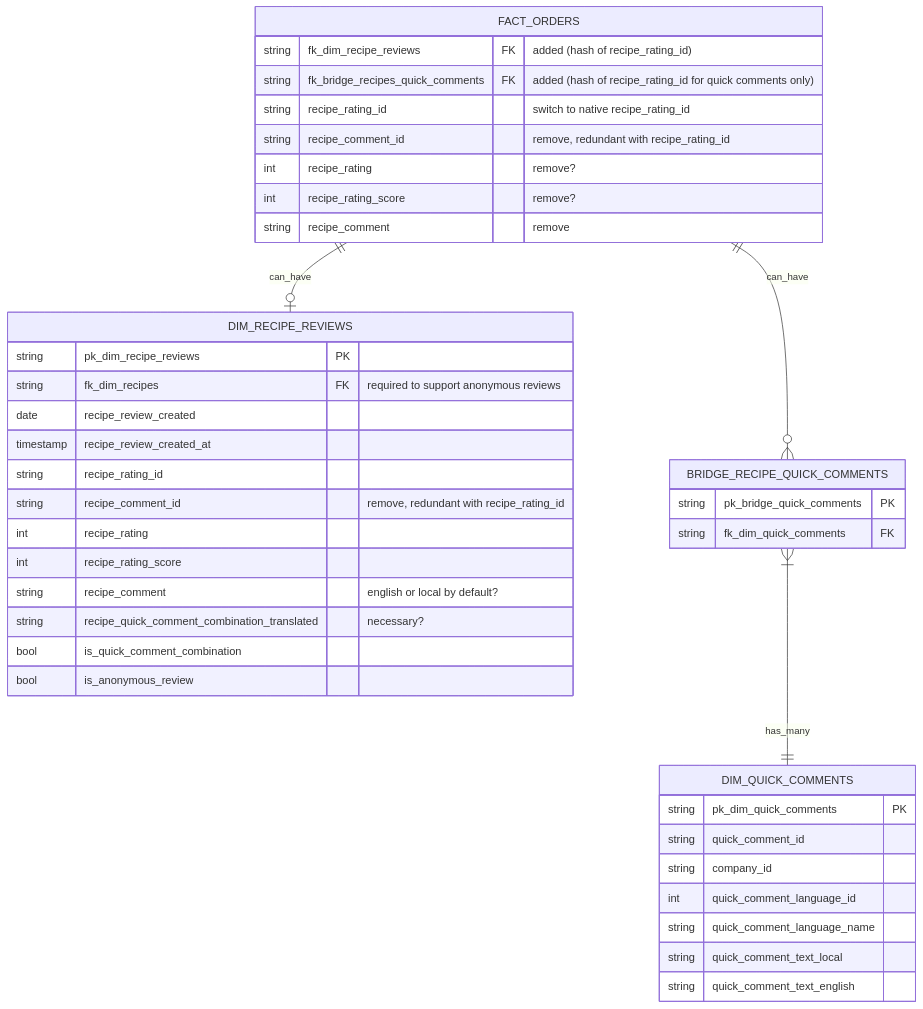
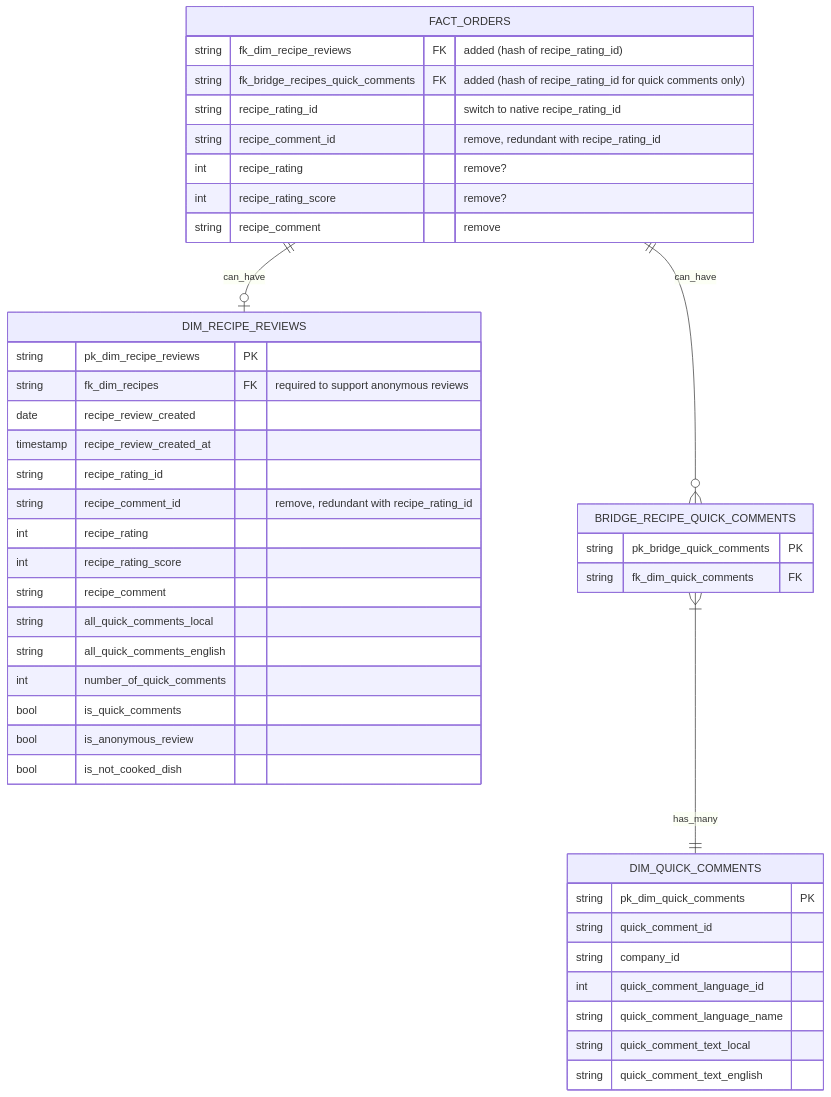
Before and after one commit to comegrant/misc_doc: the diagram in add_reviews_to_pbi.md, drawn with Mermaid. The commit also changed other lines of this file, not shown here.

````diff
--- a/add_reviews_to_pbi.md
+++ b/add_reviews_to_pbi.md
@@ -13,45 +15,48 @@
 ```mermaid
 erDiagram
 direction TB
 FACT_ORDERS ||--o| DIM_RECIPE_REVIEWS: can_have
 FACT_ORDERS ||--o{ BRIDGE_RECIPE_QUICK_COMMENTS: can_have
 BRIDGE_RECIPE_QUICK_COMMENTS }|--|| DIM_QUICK_COMMENTS: has_many
 
 
 FACT_ORDERS {
     string fk_dim_recipe_reviews FK "added (hash of recipe_rating_id)"
     string fk_bridge_recipes_quick_comments FK "added (hash of recipe_rating_id for quick comments only)"
     string recipe_rating_id "switch to native recipe_rating_id"
     string recipe_comment_id "remove, redundant with recipe_rating_id"
     int recipe_rating "remove?"
     int recipe_rating_score "remove?"
     string recipe_comment "remove"
 }
 DIM_RECIPE_REVIEWS {
     string pk_dim_recipe_reviews PK
     string fk_dim_recipes FK "required to support anonymous reviews"
     date recipe_review_created
     timestamp recipe_review_created_at
     string recipe_rating_id
     string recipe_comment_id "remove, redundant with recipe_rating_id"
     int recipe_rating
     int recipe_rating_score
-    string recipe_comment "english or local by default?"
-    string recipe_quick_comment_combination_translated "necessary?"
-    bool is_quick_comment_combination
+    string recipe_comment
+    string all_quick_comments_local
+    string all_quick_comments_english
+    int number_of_quick_comments
+    bool is_quick_comments
     bool is_anonymous_review
+    bool is_not_cooked_dish
 }
 BRIDGE_RECIPE_QUICK_COMMENTS {
     string pk_bridge_quick_comments PK
     string fk_dim_quick_comments FK
 }
 DIM_QUICK_COMMENTS {
     string pk_dim_quick_comments PK
     string quick_comment_id 
     string company_id
     int quick_comment_language_id
     string quick_comment_language_name
     string quick_comment_text_local
     string quick_comment_text_english
 }
 ```
````
